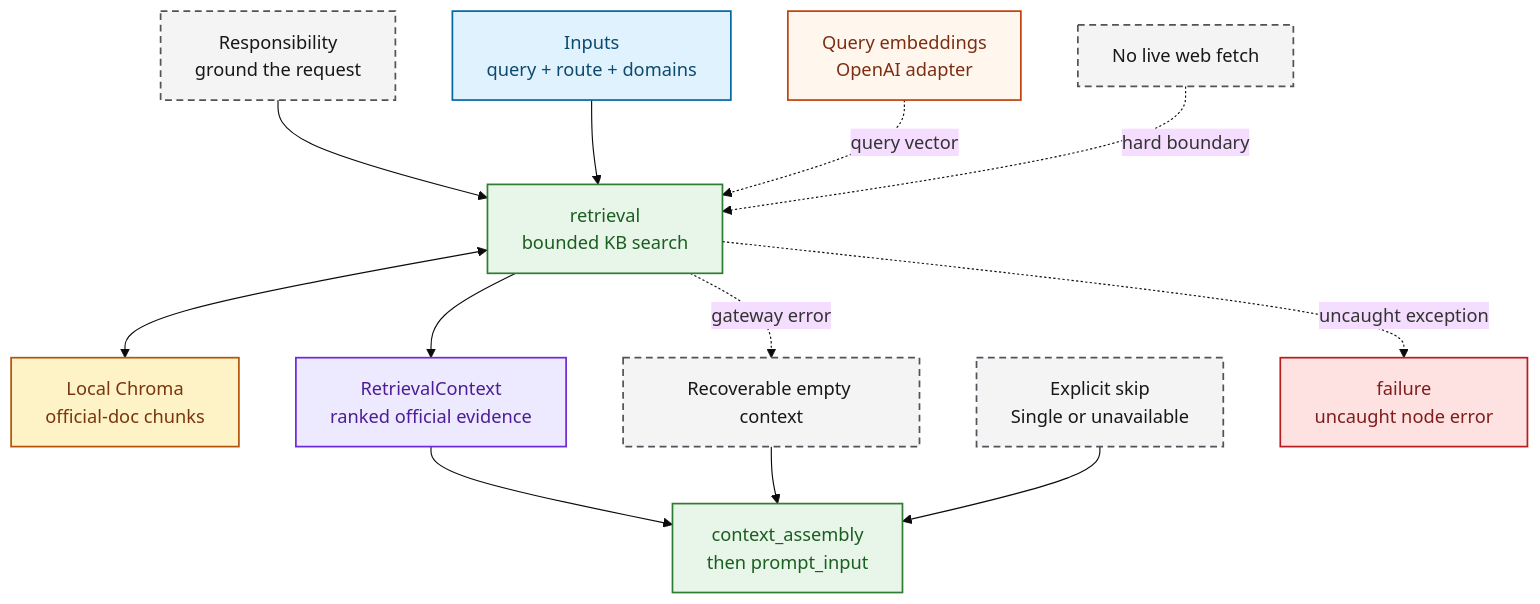
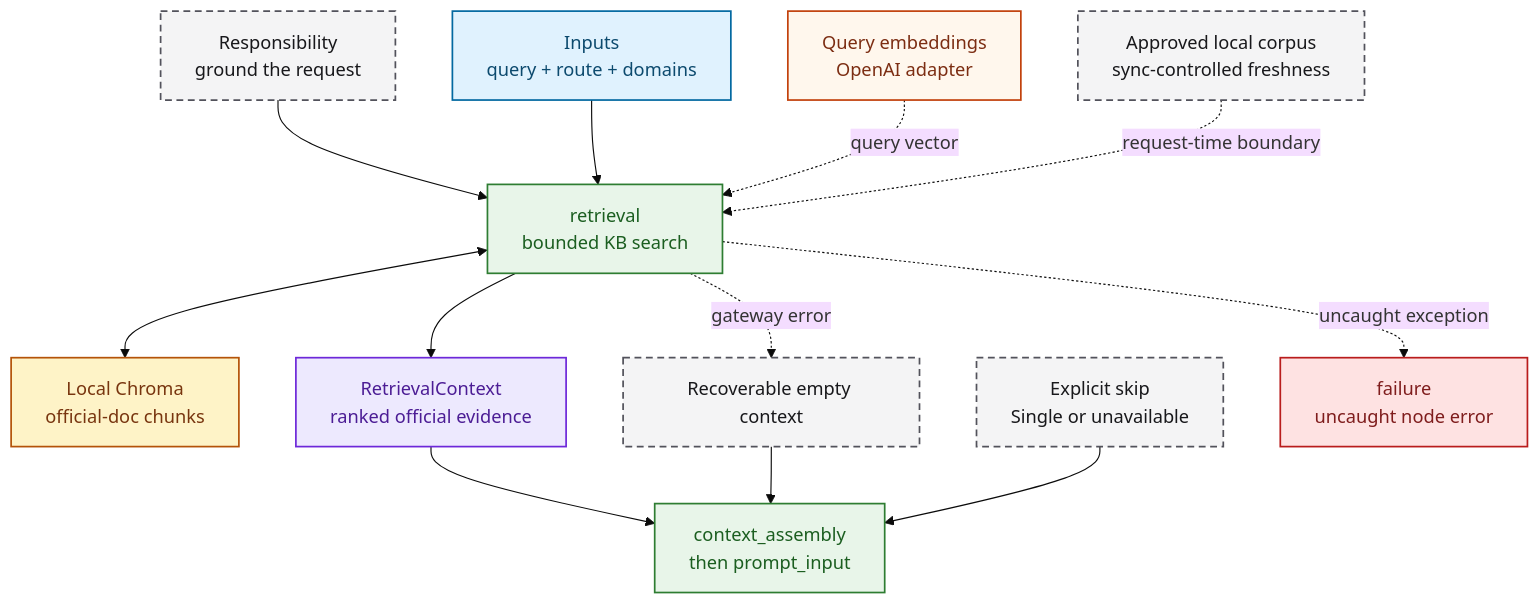
Before and after one commit to lmguerrini/creative-coding-assistant: the second of 5 diagrams in architecture/multi_agent_roles.md, drawn with Mermaid (base theme). The commit also changed other lines of this file and 88 other files, not shown here.

````diff
--- a/architecture/multi_agent_roles.md
+++ b/architecture/multi_agent_roles.md
@@ -73,32 +73,32 @@
 ```mermaid
 flowchart TB
     classDef input fill:#E0F2FE,stroke:#0369A1,color:#0C4A6E,stroke-width:1.5px
     classDef stage fill:#E8F5E9,stroke:#2E7D32,color:#1B5E20,stroke-width:1.5px
     classDef evidence fill:#FEF3C7,stroke:#B45309,color:#78350F,stroke-width:1.5px
     classDef external fill:#FFF7ED,stroke:#C2410C,color:#7C2D12,stroke-width:1.5px
     classDef output fill:#EDE9FE,stroke:#6D28D9,color:#4C1D95,stroke-width:1.5px
     classDef boundary fill:#F4F4F5,stroke:#52525B,color:#18181B,stroke-width:1.5px,stroke-dasharray:6 4
     classDef failure fill:#FEE2E2,stroke:#B91C1C,color:#7F1D1D,stroke-width:1.5px
 
     responsibility["Responsibility<br/>ground the request"]:::boundary
     inputs["Inputs<br/>query + route + domains"]:::input
     retrieval["retrieval<br/>bounded KB search"]:::stage
     embeddings["Query embeddings<br/>OpenAI adapter"]:::external
     chroma["Local Chroma<br/>official-doc chunks"]:::evidence
-    no_web["No live web fetch"]:::boundary
+    local_policy["Approved local corpus<br/>sync-controlled freshness"]:::boundary
     result["RetrievalContext<br/>ranked official evidence"]:::output
     empty["Recoverable empty context"]:::boundary
     skip["Explicit skip<br/>Single or unavailable"]:::boundary
     assembly["context_assembly<br/>then prompt_input"]:::stage
     failure["failure<br/>uncaught node error"]:::failure
 
     responsibility --> retrieval
     inputs --> retrieval
     embeddings -. "query vector" .-> retrieval
     retrieval <--> chroma
-    no_web -. "hard boundary" .-> retrieval
+    local_policy -. "request-time boundary" .-> retrieval
     retrieval --> result --> assembly
     retrieval -. "gateway error" .-> empty --> assembly
     skip --> assembly
     retrieval -. "uncaught exception" .-> failure
 ```
````
